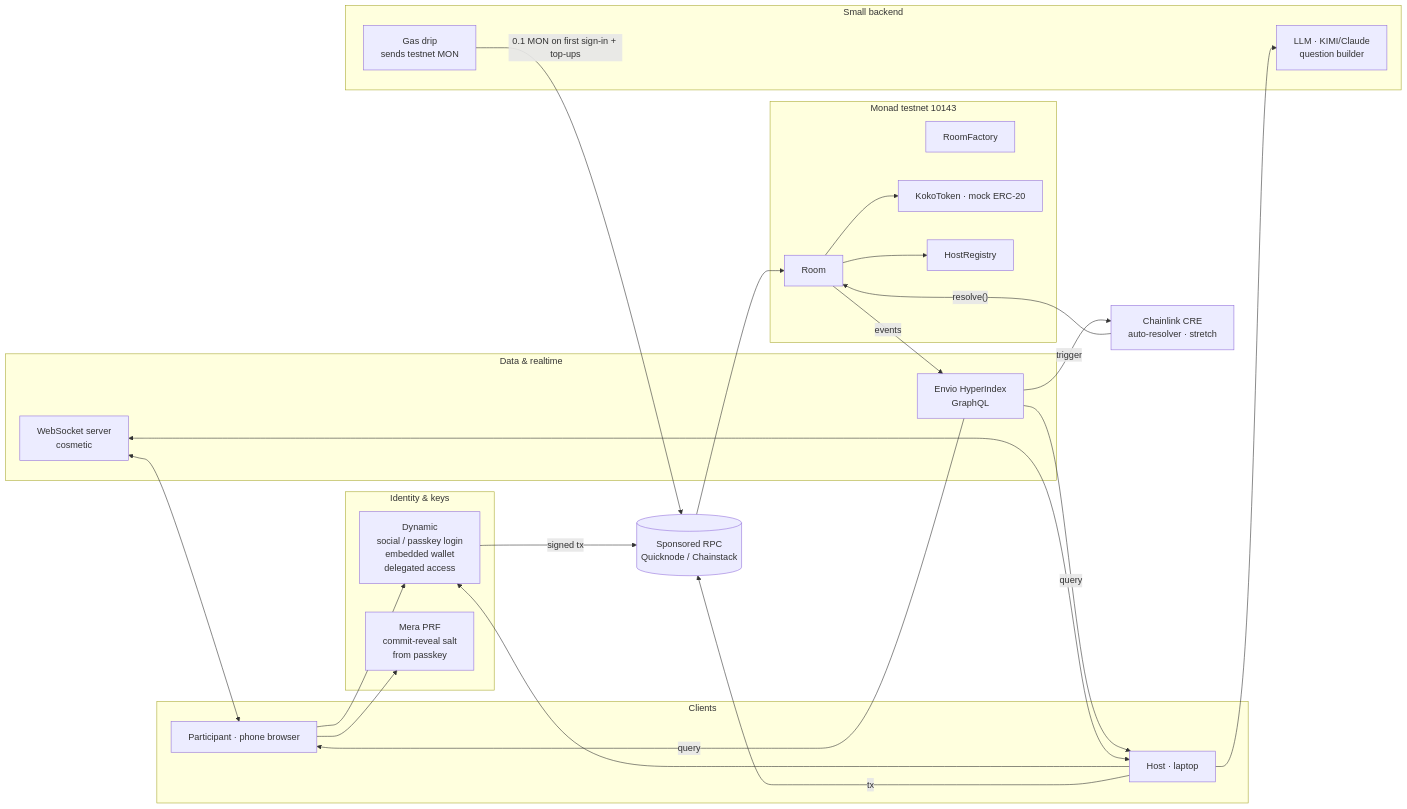
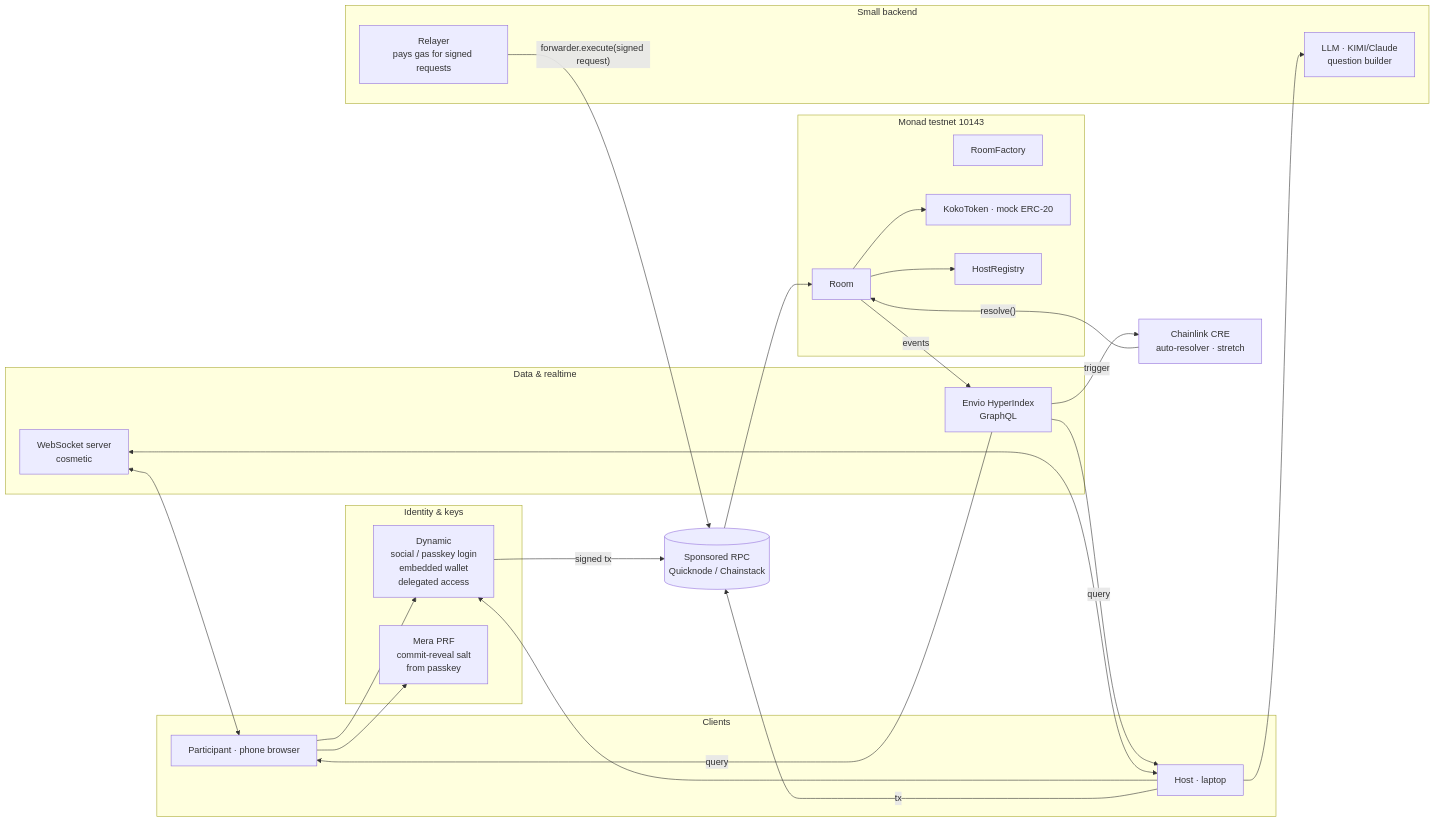
One commit to amrrobb/kokonad changed the first of 2 diagrams in docs/ARCHITECTURE.md. Above: the diagram before and after it, drawn with Mermaid. The commit also changed other lines of this file and 3 other files, not shown here.

First line of the commit message:
docs: relayer replaces the gas drip in README, CLAUDE.md and ARCHITECTURE

````diff
--- a/docs/ARCHITECTURE.md
+++ b/docs/ARCHITECTURE.md
@@ -9,49 +9,49 @@
 ```mermaid
 flowchart LR
   subgraph Clients
     P[Participant · phone browser]
     H[Host · laptop]
   end
 
   subgraph Identity["Identity & keys"]
     DYN[Dynamic<br/>social / passkey login<br/>embedded wallet<br/>delegated access]
     MERA[Mera PRF<br/>commit-reveal salt<br/>from passkey]
   end
 
   subgraph Monad["Monad testnet 10143"]
     RF[RoomFactory]
     R[Room]
     KT[KokoToken · mock ERC-20]
     HR[HostRegistry]
   end
 
   subgraph Data["Data & realtime"]
     ENV[Envio HyperIndex<br/>GraphQL]
     WS[WebSocket server<br/>cosmetic]
   end
 
   subgraph Backend["Small backend"]
-    DRIP[Gas drip<br/>sends testnet MON]
+    DRIP[Relayer<br/>pays gas for signed requests]
     LLM[LLM · KIMI/Claude<br/>question builder]
   end
 
   CRE[Chainlink CRE<br/>auto-resolver · stretch]
   RPC[(Sponsored RPC<br/>Quicknode / Chainstack)]
 
   P --> DYN
   H --> DYN
   P --> MERA
   DYN -- signed tx --> RPC --> R
   H -- tx --> RPC
-  DRIP -- 0.1 MON on first sign-in + top-ups --> RPC
+  DRIP -- forwarder.execute(signed request) --> RPC
   R --> KT
   R --> HR
   R -- events --> ENV
   ENV -- query --> P
   ENV -- query --> H
   WS <--> P
   WS <--> H
   H --> LLM
   ENV -- trigger --> CRE
   CRE -- resolve() --> R
 ```
````
